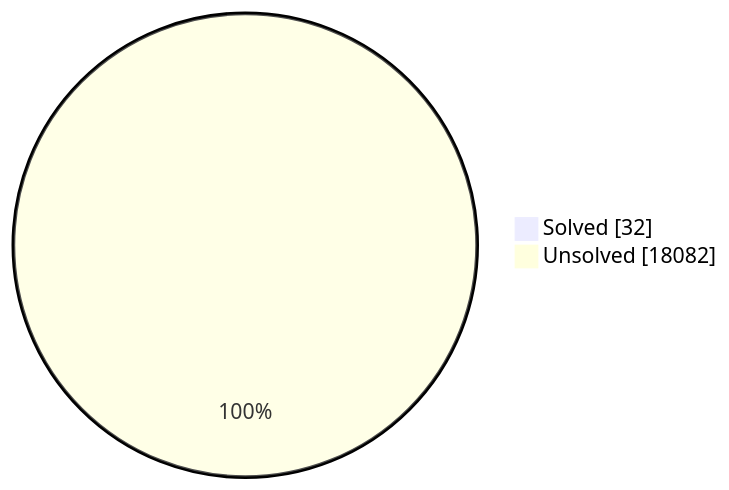
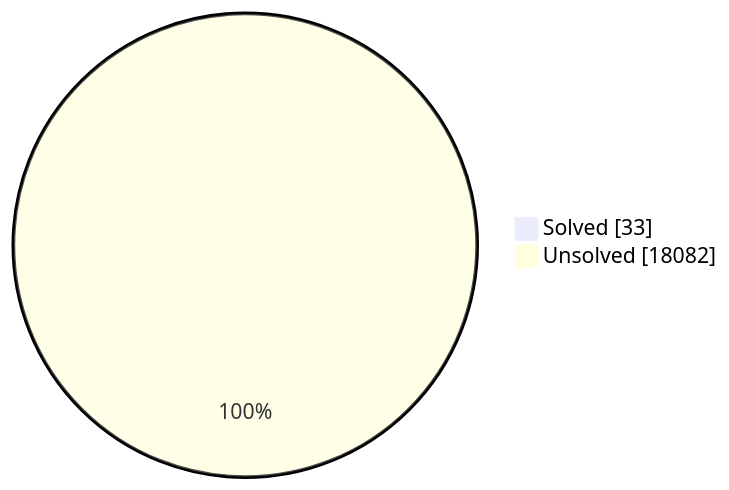
Before and after one commit to trintlermint/problem-sets: the first of 2 diagrams in README.md, drawn with Mermaid. The commit also changed other lines of this file and 1 other file, not shown here.

````diff
--- a/README.md
+++ b/README.md
@@ -35,5 +35,5 @@
 ```mermaid
 pie showData
-    "Solved" : 32
+    "Solved" : 33
     "Unsolved" : 18082
 ```
````
